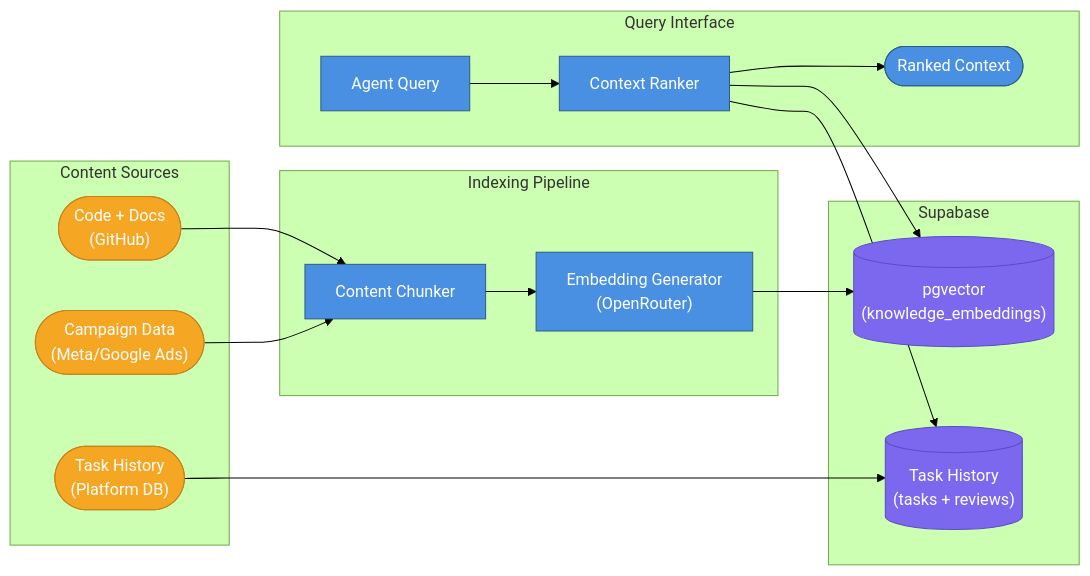
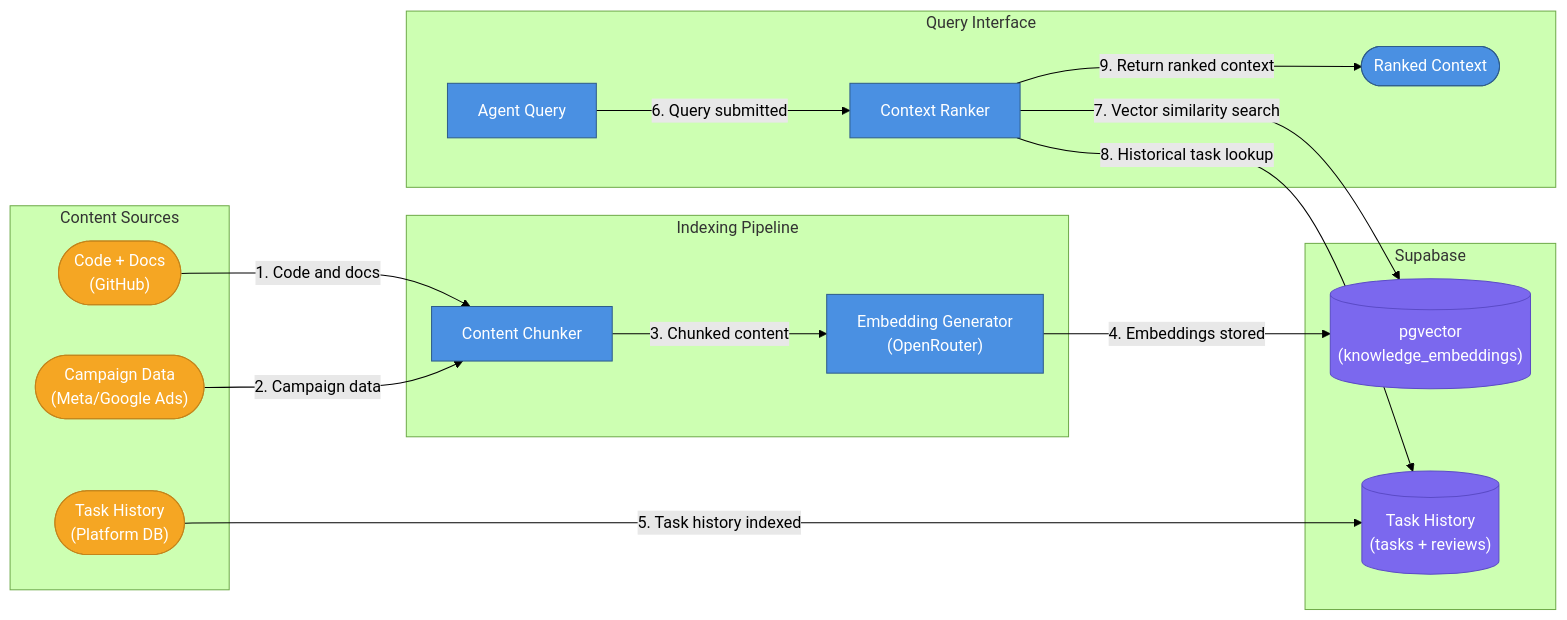
One commit to viiqswim/dozaldevs-ai-employee changed diagram 11 of 15 in docs/2026-03-22-2317-ai-employee-architecture.md. Above: the diagram before and after it, drawn with Mermaid (forest theme). The commit also changed other lines of this file, not shown here.

Commit message:
docs: add numbered arrows and flow walkthroughs to all diagrams

````diff
--- a/docs/2026-03-22-2317-ai-employee-architecture.md
+++ b/docs/2026-03-22-2317-ai-employee-architecture.md
@@ -917,38 +1092,38 @@
 ```mermaid
 graph LR
     subgraph Content Sources
         CODE(["Code + Docs\n(GitHub)"]):::external
         CAM(["Campaign Data\n(Meta/Google Ads)"]):::external
         TASK(["Task History\n(Platform DB)"]):::external
     end
 
     subgraph Indexing Pipeline
         CHUNK["Content Chunker"]:::service
         EMBED["Embedding Generator\n(OpenRouter)"]:::service
     end
 
     subgraph Supabase
         VEC[("pgvector\n(knowledge_embeddings)")]:::storage
         HIST[("Task History\n(tasks + reviews)")]:::storage
     end
 
     subgraph Query Interface
         AGENT["Agent Query"]:::service
         RANK["Context Ranker"]:::service
         RESULT(["Ranked Context"]):::service
     end
 
-    CODE --> CHUNK
-    CAM --> CHUNK
-    CHUNK --> EMBED
-    EMBED --> VEC
-    TASK --> HIST
-    AGENT --> RANK
-    RANK --> VEC
-    RANK --> HIST
-    RANK --> RESULT
+    CODE -->|"1. Code and docs"| CHUNK
+    CAM -->|"2. Campaign data"| CHUNK
+    CHUNK -->|"3. Chunked content"| EMBED
+    EMBED -->|"4. Embeddings stored"| VEC
+    TASK -->|"5. Task history indexed"| HIST
+    AGENT -->|"6. Query submitted"| RANK
+    RANK -->|"7. Vector similarity search"| VEC
+    RANK -->|"8. Historical task lookup"| HIST
+    RANK -->|"9. Return ranked context"| RESULT
 
     classDef service fill:#4A90E2,stroke:#2E5C8A,color:#fff
     classDef storage fill:#7B68EE,stroke:#5B4BC7,color:#fff
     classDef external fill:#F5A623,stroke:#C4841A,color:#fff
 ```
````
